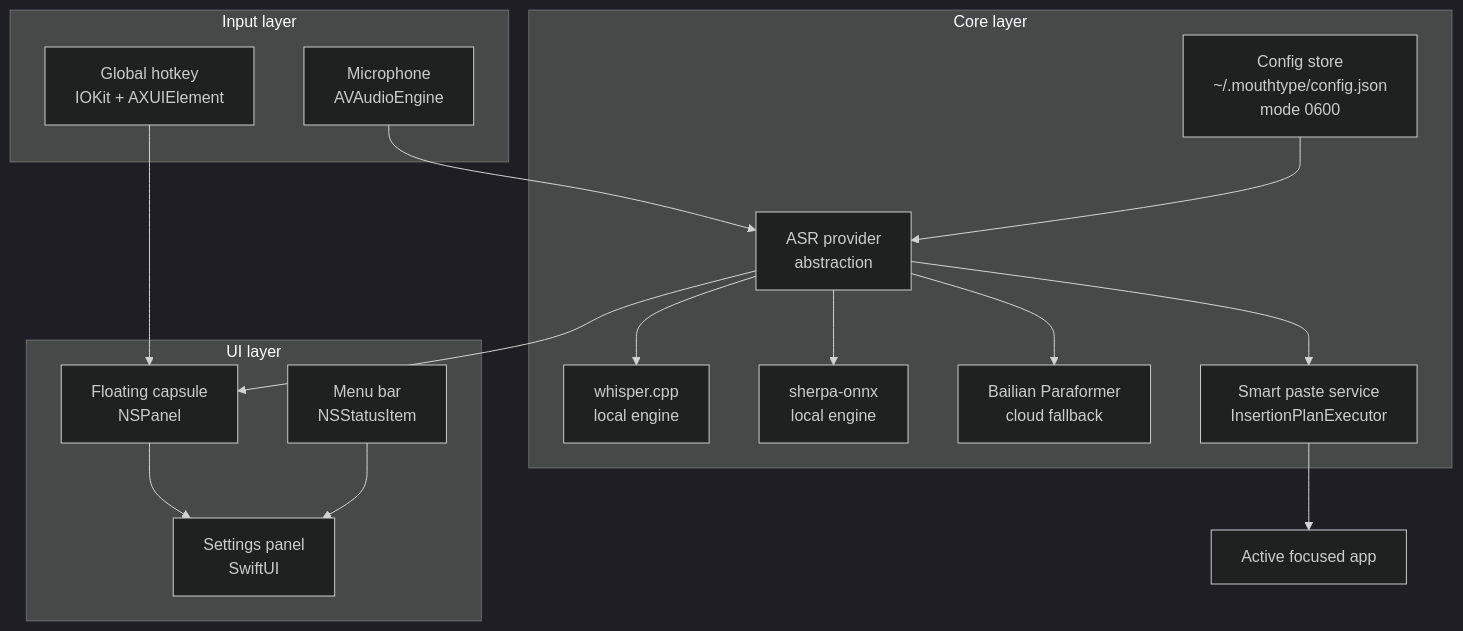
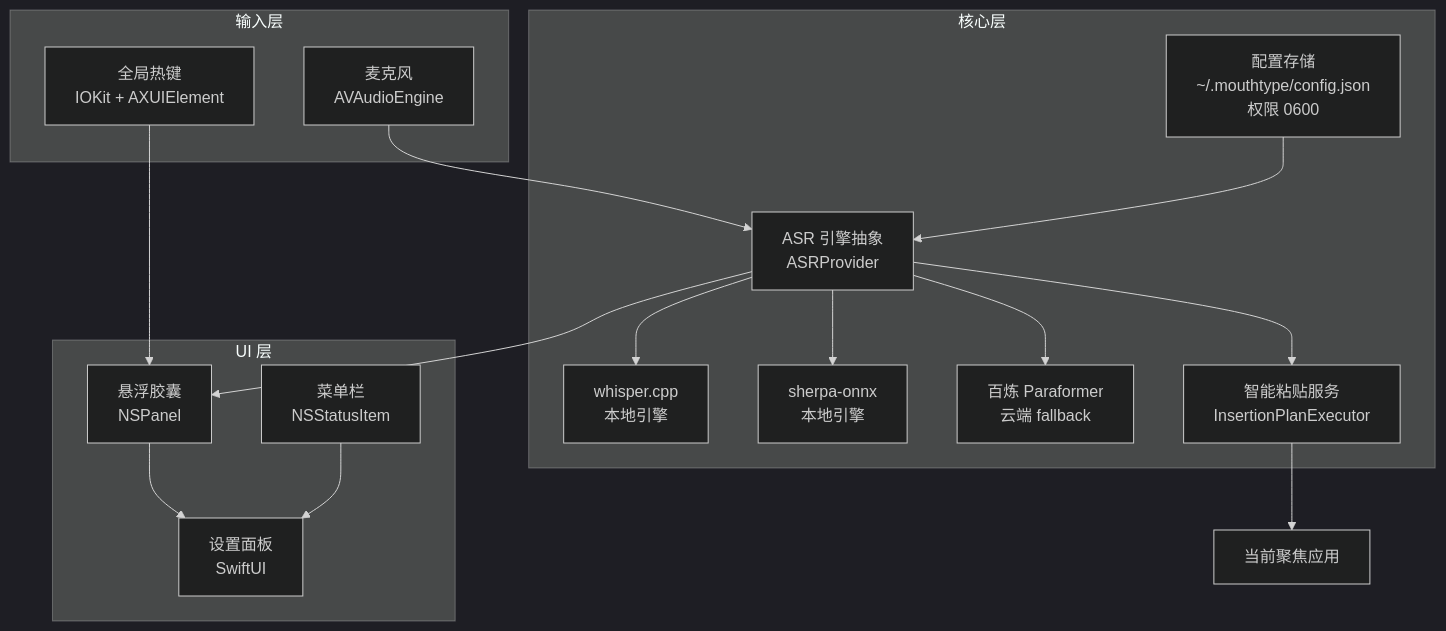
The diagram in README.md (davyzhong/MouthType), drawn with Mermaid (dark theme) before and after one commit. The commit also changed other lines of this file, not shown here.

````diff
--- a/README.md
+++ b/README.md
@@ -131,31 +108,31 @@
 ```mermaid
 flowchart TB
-    subgraph Input[Input layer]
-        Mic[Microphone<br/>AVAudioEngine]
-        HK[Global hotkey<br/>IOKit + AXUIElement]
+    subgraph Input[输入层]
+        Mic[麦克风<br/>AVAudioEngine]
+        HK[全局热键<br/>IOKit + AXUIElement]
     end
-    subgraph Core[Core layer]
-        ASR[ASR provider<br/>abstraction]
-        Whisper[whisper.cpp<br/>local engine]
-        Sherpa[sherpa-onnx<br/>local engine]
-        Bailian[Bailian Paraformer<br/>cloud fallback]
-        Paste[Smart paste service<br/>InsertionPlanExecutor]
-        Config[Config store<br/>~/.mouthtype/config.json<br/>mode 0600]
+    subgraph Core[核心层]
+        ASR[ASR 引擎抽象<br/>ASRProvider]
+        Whisper[whisper.cpp<br/>本地引擎]
+        Sherpa[sherpa-onnx<br/>本地引擎]
+        Bailian[百炼 Paraformer<br/>云端 fallback]
+        Paste[智能粘贴服务<br/>InsertionPlanExecutor]
+        Config[配置存储<br/>~/.mouthtype/config.json<br/>权限 0600]
     end
-    subgraph UI[UI layer]
-        Capsule[Floating capsule<br/>NSPanel]
-        Menu[Menu bar<br/>NSStatusItem]
-        Settings[Settings panel<br/>SwiftUI]
+    subgraph UI[UI 层]
+        Capsule[悬浮胶囊<br/>NSPanel]
+        Menu[菜单栏<br/>NSStatusItem]
+        Settings[设置面板<br/>SwiftUI]
     end
     Mic --> ASR
     HK --> Capsule
     ASR --> Whisper
     ASR --> Sherpa
     ASR --> Bailian
     Config --> ASR
     ASR --> Paste
-    Paste --> ActiveApp[Active focused app]
+    Paste --> ActiveApp[当前聚焦应用]
     ASR --> Capsule
     Capsule --> Settings
     Menu --> Settings
 ```
````
